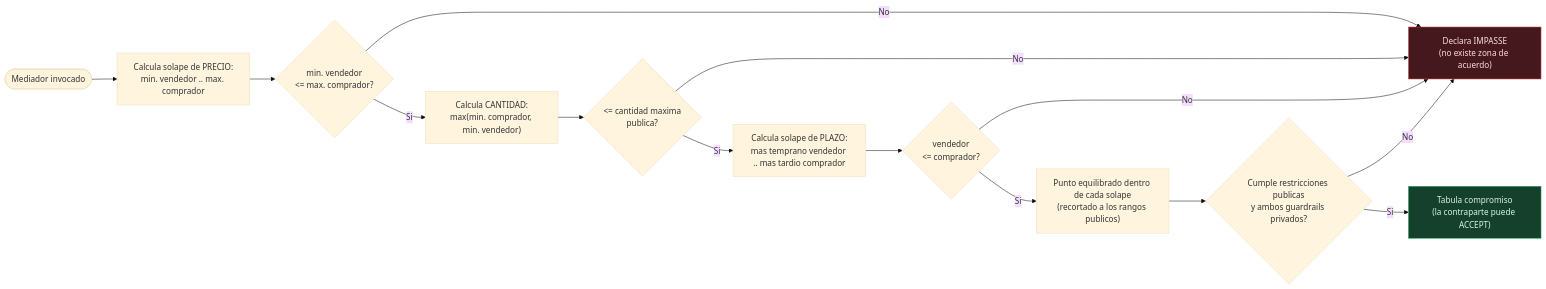
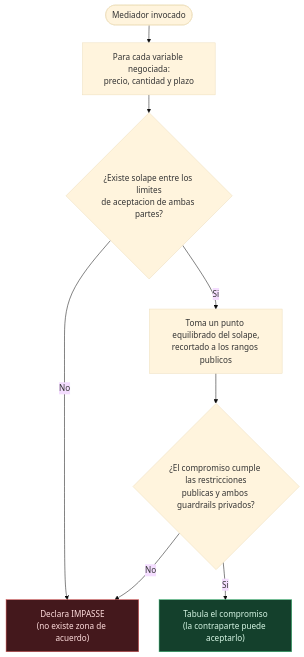
One commit to santimc98/tfg-negociacion-multiagente-llm changed the diagram in docs/diagrams/05_mediador.mmd. Above: the diagram before and after it, drawn with Mermaid (base theme). The commit also changed 1 other file, not shown here.

Commit message:
Rediseñar diagrama del mediador en vertical compacto para mejor legibilidad

```diff
--- a/docs/diagrams/05_mediador.mmd
+++ b/docs/diagrams/05_mediador.mmd
@@ -1,21 +1,15 @@
 %% Logica del agente juez / mediador (RuleBasedMediator)
-flowchart LR
-    IN(["Mediador invocado"]) --> P["Calcula solape de PRECIO:<br/>min. vendedor .. max. comprador"]
-    P --> PC{"min. vendedor<br/>&lt;= max. comprador?"}
-    PC -->|No| IMP
-    PC -->|Si| Q["Calcula CANTIDAD:<br/>max(min. comprador, min. vendedor)"]
-    Q --> QC{"&lt;= cantidad maxima<br/>publica?"}
-    QC -->|No| IMP
-    QC -->|Si| D["Calcula solape de PLAZO:<br/>mas temprano vendedor .. mas tardio comprador"]
-    D --> DC{"vendedor<br/>&lt;= comprador?"}
-    DC -->|No| IMP
-    DC -->|Si| MID["Punto equilibrado dentro de cada solape<br/>(recortado a los rangos publicos)"]
-    MID --> CHK{"Cumple restricciones publicas<br/>y ambos guardrails privados?"}
-    CHK -->|No| IMP
-    CHK -->|Si| OUT["Tabula compromiso<br/>(la contraparte puede ACCEPT)"]
-    IMP["Declara IMPASSE<br/>(no existe zona de acuerdo)"]
+%%{init: {"flowchart": {"rankSpacing": 35, "nodeSpacing": 40}}}%%
+flowchart TD
+    IN(["Mediador invocado"]) --> LOOP["Para cada variable negociada:<br/>precio, cantidad y plazo"]
+    LOOP --> C{"¿Existe solape entre los limites<br/>de aceptacion de ambas partes?"}
+    C -->|"No"| IMP["Declara IMPASSE<br/>(no existe zona de acuerdo)"]
+    C -->|"Si"| MID["Toma un punto equilibrado del solape,<br/>recortado a los rangos publicos"]
+    MID --> CHK{"¿El compromiso cumple las restricciones<br/>publicas y ambos guardrails privados?"}
+    CHK -->|"No"| IMP
+    CHK -->|"Si"| OUT["Tabula el compromiso<br/>(la contraparte puede aceptarlo)"]
 
     classDef ok fill:#14402c,stroke:#2faf6a,color:#d8f7e6;
     classDef no fill:#44181c,stroke:#d65151,color:#ffdede;
     class OUT ok;
     class IMP no;
```
